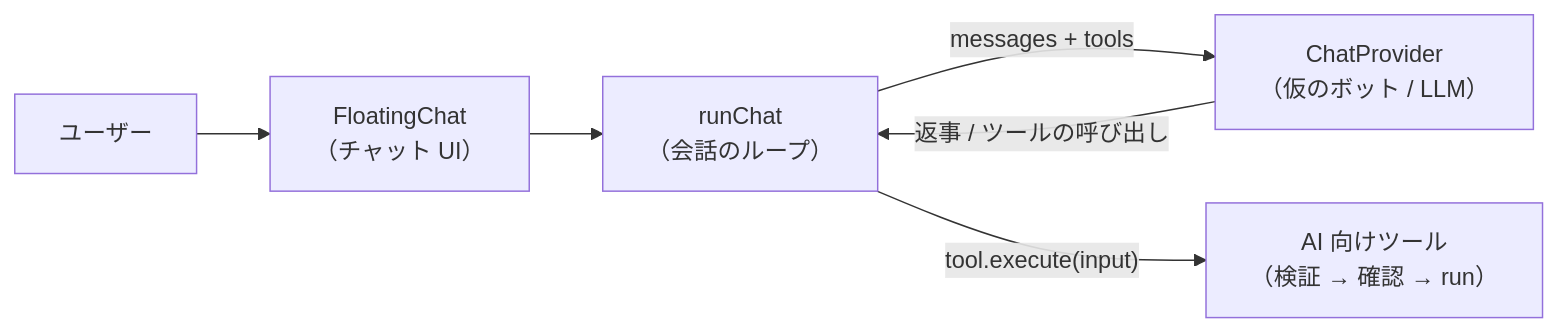
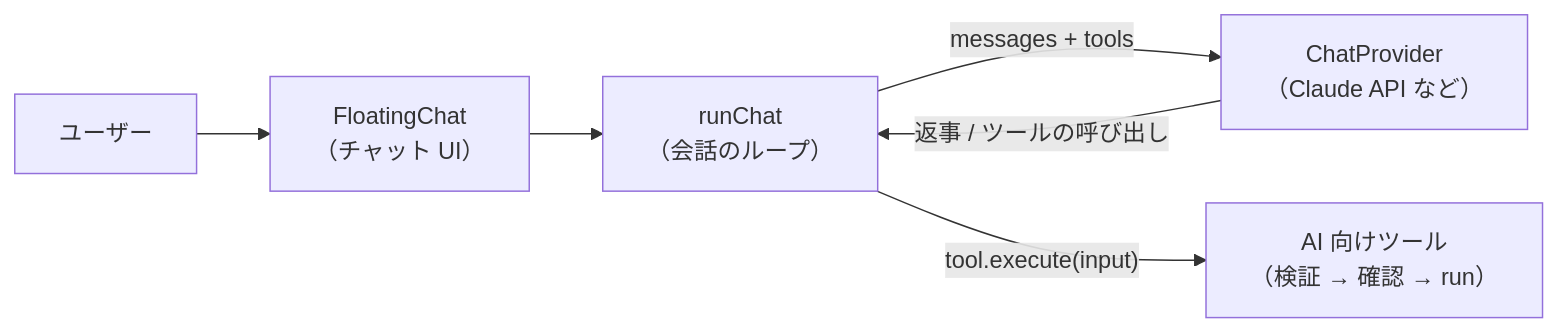
Before and after one commit to fujibayashi-ast/ai-friendly: the diagram in docs/assistant.md, drawn with Mermaid. The commit also changed other lines of this file and 23 other files, not shown here.

First line of the commit message:
feat: チャットの裏で Claude API を使えるようにする (#30)

````diff
--- a/docs/assistant.md
+++ b/docs/assistant.md
@@ -5,8 +5,8 @@
 ```mermaid
 flowchart LR
   User["ユーザー"] --> Chat["FloatingChat<br>（チャット UI）"]
   Chat --> Loop["runChat<br>（会話のループ）"]
-  Loop -- "messages + tools" --> Provider["ChatProvider<br>（仮のボット / LLM）"]
+  Loop -- "messages + tools" --> Provider["ChatProvider<br>（Claude API など）"]
   Provider -- "返事 / ツールの呼び出し" --> Loop
   Loop -- "tool.execute(input)" --> Tools["AI 向けツール<br>（検証 → 確認 → run）"]
 ```
````
